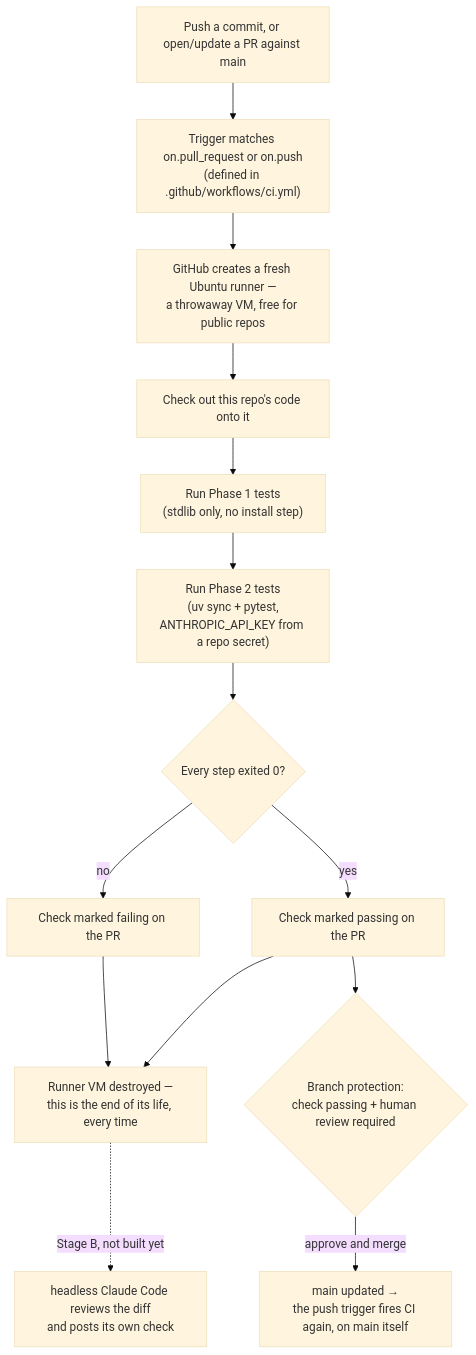
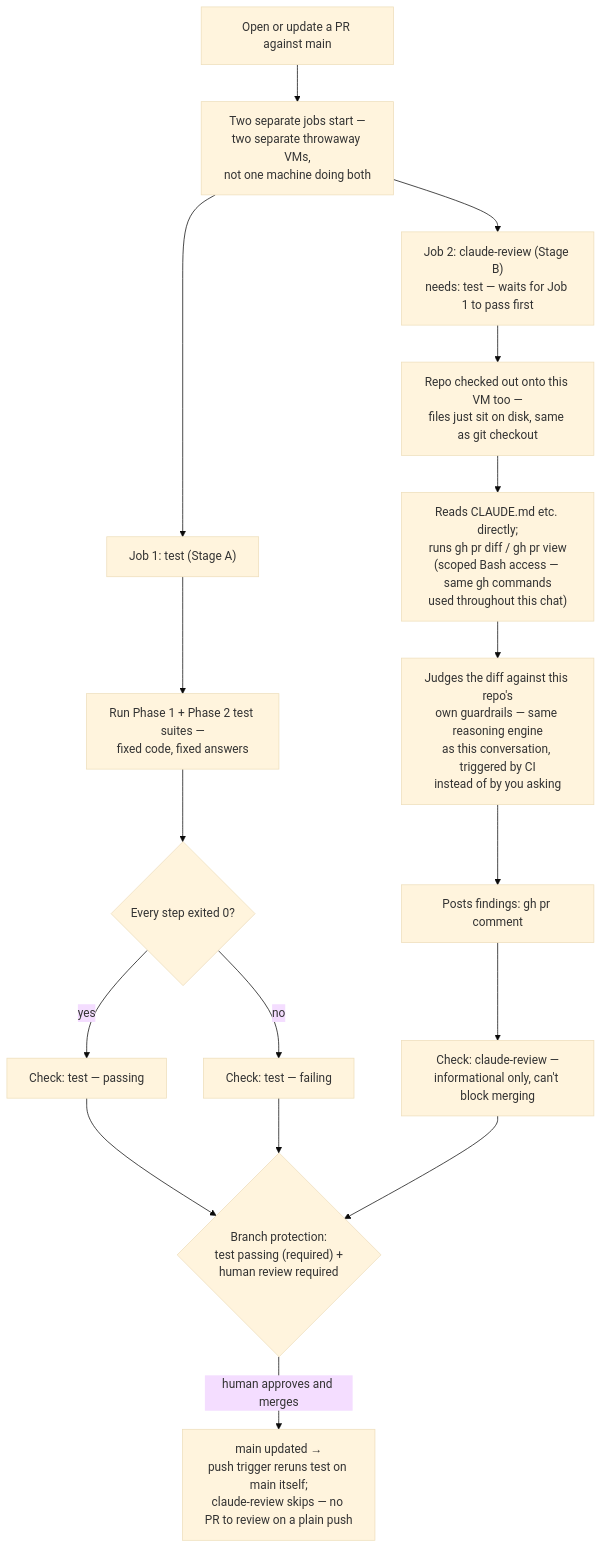
The third of 3 diagrams in README.md (fmlin0429712024/clinical-documentation-audit-poc), drawn with Mermaid (base theme) before and after one commit. The commit also changed other lines of this file, not shown here.

Commit message:
Update Phase 3 diagram to show both stages as built
Previous diagram was drawn before Stage B existed (dotted "not built
yet" branch). Redraws it as two separate jobs on two separate VMs,
matching what PRs #3-#5 actually built and verified: test (Stage A)
and claude-review (Stage B, needs: test), both feeding the same single
human-approval gate rather than two separate approvals.

Adds a one-line mnemonic to the stage table: Stage A = "does it work?",
Stage B = "does it make sense?"

````diff
--- a/README.md
+++ b/README.md
@@ -92,16 +92,22 @@
 ```mermaid
 flowchart TD
-    A["Push a commit, or open/update a PR against main"] --> B["Trigger matches on.pull_request or on.push<br/>(defined in .github/workflows/ci.yml)"]
-    B --> C["GitHub creates a fresh Ubuntu runner —<br/>a throwaway VM, free for public repos"]
-    C --> D["Check out this repo's code onto it"]
-    D --> E["Run Phase 1 tests<br/>(stdlib only, no install step)"]
-    E --> F["Run Phase 2 tests<br/>(uv sync + pytest,<br/>ANTHROPIC_API_KEY from a repo secret)"]
-    F --> G{"Every step exited 0?"}
-    G -->|yes| H["Check marked passing on the PR"]
-    G -->|no| I["Check marked failing on the PR"]
-    H --> J["Runner VM destroyed —<br/>this is the end of its life, every time"]
-    I --> J
-    J -.Stage B, not built yet.-> K["headless Claude Code reviews the diff<br/>and posts its own check"]
-    H --> L{"Branch protection:<br/>check passing + human review required"}
-    L -->|approve and merge| M["main updated →<br/>the push trigger fires CI again, on main itself"]
+    A["Open or update a PR against main"] --> B["Two separate jobs start —<br/>two separate throwaway VMs,<br/>not one machine doing both"]
+
+    B --> C["Job 1: test (Stage A)"]
+    C --> C1["Run Phase 1 + Phase 2 test suites —<br/>fixed code, fixed answers"]
+    C1 --> C2{"Every step exited 0?"}
+    C2 -->|yes| C3["Check: test — passing"]
+    C2 -->|no| C4["Check: test — failing"]
+
+    B --> D["Job 2: claude-review (Stage B)<br/>needs: test — waits for Job 1 to pass first"]
+    D --> D1["Repo checked out onto this VM too —<br/>files just sit on disk, same as git checkout"]
+    D1 --> D2["Reads CLAUDE.md etc. directly;<br/>runs gh pr diff / gh pr view<br/>(scoped Bash access — same gh commands<br/>used throughout this chat)"]
+    D2 --> D3["Judges the diff against this repo's<br/>own guardrails — same reasoning engine<br/>as this conversation, triggered by CI<br/>instead of by you asking"]
+    D3 --> D4["Posts findings: gh pr comment"]
+    D4 --> D5["Check: claude-review —<br/>informational only, can't block merging"]
+
+    C3 --> E{"Branch protection:<br/>test passing (required) +<br/>human review required"}
+    C4 --> E
+    D5 --> E
+    E -->|human approves and merges| F["main updated →<br/>push trigger reruns test on main itself;<br/>claude-review skips — no PR to review on a plain push"]
 ```
````
